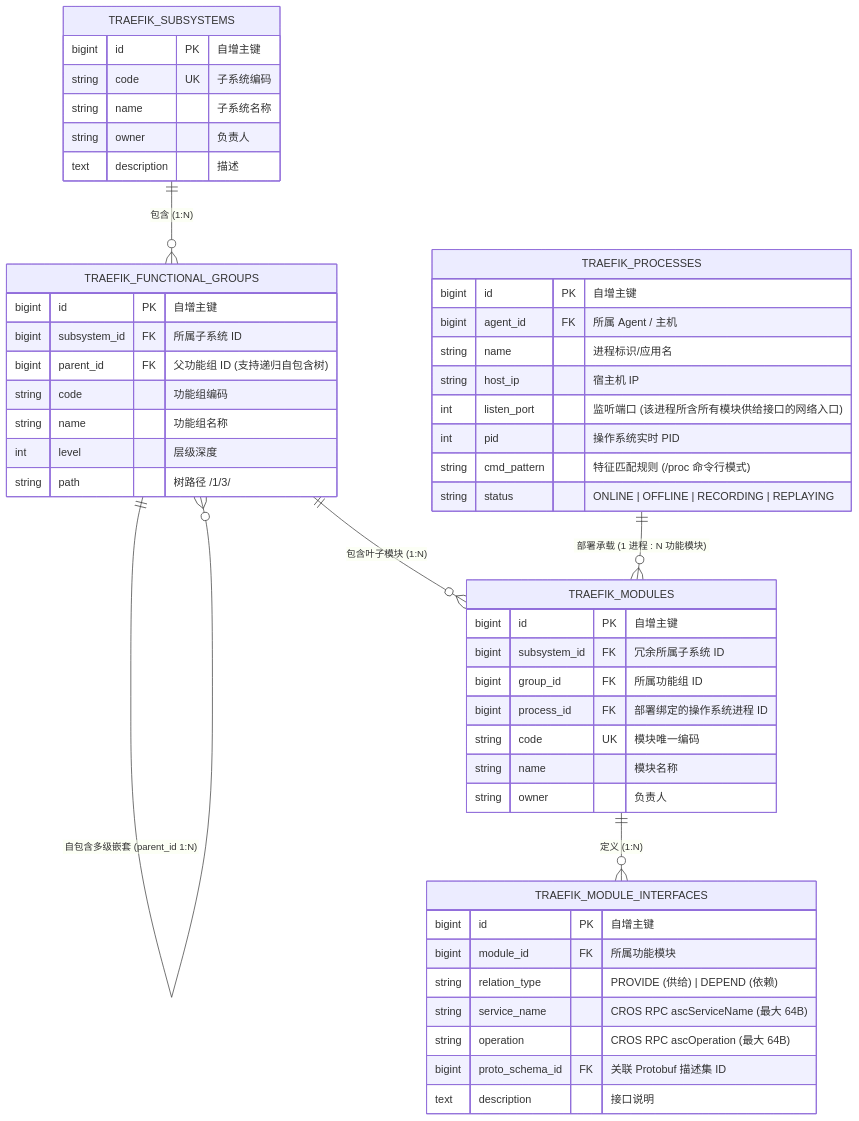
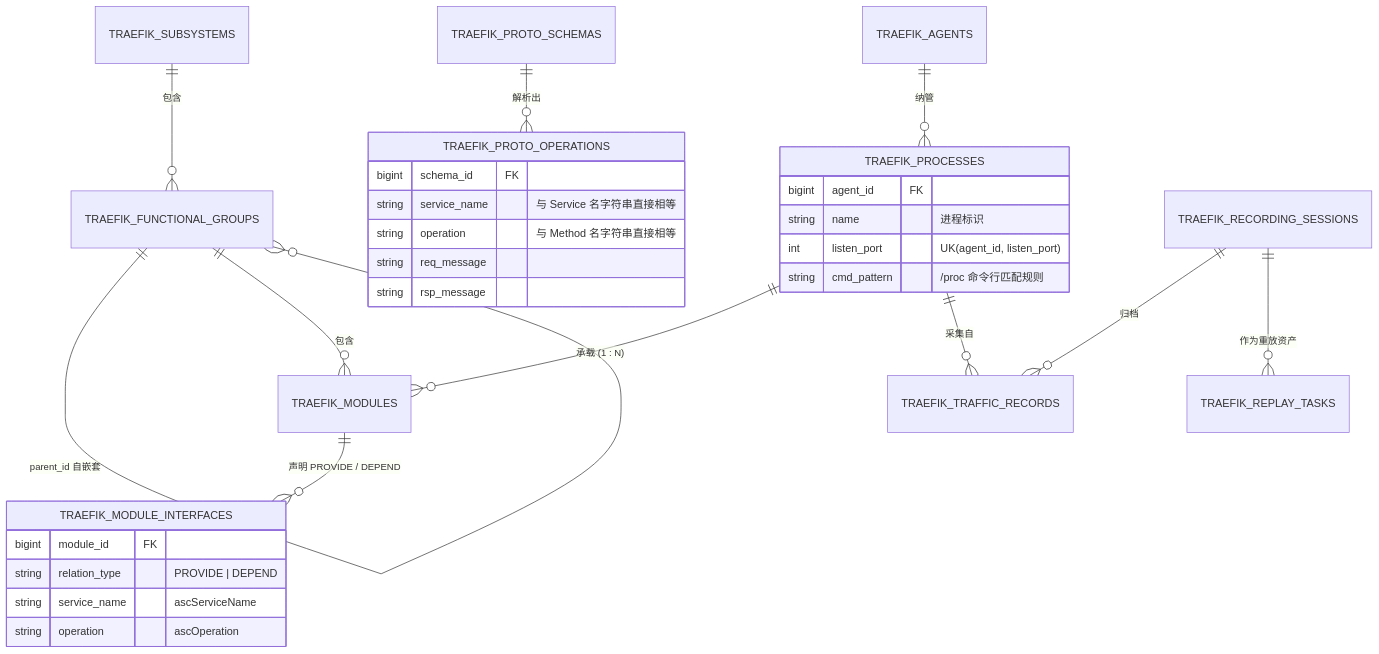
Before and after one commit to fugui/code-traefik: the second of 2 diagrams in docs/01-features/01-feature-matrix.md, drawn with Mermaid. The commit also changed other lines of this file and 2 other files, not shown here.

````diff
--- a/docs/01-features/01-feature-matrix.md
+++ b/docs/01-features/01-feature-matrix.md
@@ -92,57 +133,33 @@
 ```mermaid
 erDiagram
-    TRAEFIK_SUBSYSTEMS ||--o{ TRAEFIK_FUNCTIONAL_GROUPS : "包含 (1:N)"
-    TRAEFIK_FUNCTIONAL_GROUPS ||--o{ TRAEFIK_FUNCTIONAL_GROUPS : "自包含多级嵌套 (parent_id 1:N)"
-    TRAEFIK_FUNCTIONAL_GROUPS ||--o{ TRAEFIK_MODULES : "包含叶子模块 (1:N)"
-    
-    TRAEFIK_MODULES ||--o{ TRAEFIK_MODULE_INTERFACES : "定义 (1:N)"
+    TRAEFIK_SUBSYSTEMS ||--o{ TRAEFIK_FUNCTIONAL_GROUPS : "包含"
+    TRAEFIK_FUNCTIONAL_GROUPS ||--o{ TRAEFIK_FUNCTIONAL_GROUPS : "parent_id 自嵌套"
+    TRAEFIK_FUNCTIONAL_GROUPS ||--o{ TRAEFIK_MODULES : "包含"
+    TRAEFIK_MODULES ||--o{ TRAEFIK_MODULE_INTERFACES : "声明 PROVIDE / DEPEND"
+    TRAEFIK_AGENTS ||--o{ TRAEFIK_PROCESSES : "纳管"
+    TRAEFIK_PROCESSES ||--o{ TRAEFIK_MODULES : "承载 (1 : N)"
+    TRAEFIK_PROTO_SCHEMAS ||--o{ TRAEFIK_PROTO_OPERATIONS : "解析出"
+    TRAEFIK_RECORDING_SESSIONS ||--o{ TRAEFIK_TRAFFIC_RECORDS : "归档"
+    TRAEFIK_PROCESSES ||--o{ TRAEFIK_TRAFFIC_RECORDS : "采集自"
+    TRAEFIK_RECORDING_SESSIONS ||--o{ TRAEFIK_REPLAY_TASKS : "作为重放资产"
+
     TRAEFIK_MODULE_INTERFACES {
-        bigint id PK "自增主键"
-        bigint module_id FK "所属功能模块"
-        string relation_type "PROVIDE (供给) | DEPEND (依赖)"
-        string service_name "CROS RPC ascServiceName (最大 64B)"
-        string operation "CROS RPC ascOperation (最大 64B)"
-        bigint proto_schema_id FK "关联 Protobuf 描述集 ID"
-        text description "接口说明"
+        bigint module_id FK
+        string relation_type "PROVIDE | DEPEND"
+        string service_name "ascServiceName"
+        string operation "ascOperation"
     }
-
-    TRAEFIK_PROCESSES ||--o{ TRAEFIK_MODULES : "部署承载 (1 进程 : N 功能模块)"
     TRAEFIK_PROCESSES {
-        bigint id PK "自增主键"
-        bigint agent_id FK "所属 Agent / 主机"
-        string name "进程标识/应用名"
-        string host_ip "宿主机 IP"
-        int listen_port "监听端口 (该进程所含所有模块供给接口的网络入口)"
-        int pid "操作系统实时 PID"
-        string cmd_pattern "特征匹配规则 (/proc 命令行模式)"
-        string status "ONLINE | OFFLINE | RECORDING | REPLAYING"
+        bigint agent_id FK
+        string name "进程标识"
+        int listen_port "UK(agent_id, listen_port)"
+        string cmd_pattern "/proc 命令行匹配规则"
     }
-
-    TRAEFIK_SUBSYSTEMS {
-        bigint id PK "自增主键"
-        string code UK "子系统编码"
-        string name "子系统名称"
-        string owner "负责人"
-        text description "描述"
-    }
-
-    TRAEFIK_FUNCTIONAL_GROUPS {
-        bigint id PK "自增主键"
-        bigint subsystem_id FK "所属子系统 ID"
-        bigint parent_id FK "父功能组 ID (支持递归自包含树)"
-        string code "功能组编码"
-        string name "功能组名称"
-        int level "层级深度"
-        string path "树路径 /1/3/"
-    }
-
-    TRAEFIK_MODULES {
-        bigint id PK "自增主键"
-        bigint subsystem_id FK "冗余所属子系统 ID"
-        bigint group_id FK "所属功能组 ID"
-        bigint process_id FK "部署绑定的操作系统进程 ID"
-        string code UK "模块唯一编码"
-        string name "模块名称"
-        string owner "负责人"
+    TRAEFIK_PROTO_OPERATIONS {
+        bigint schema_id FK
+        string service_name "与 Service 名字符串直接相等"
+        string operation "与 Method 名字符串直接相等"
+        string req_message
+        string rsp_message
     }
 ```
````
